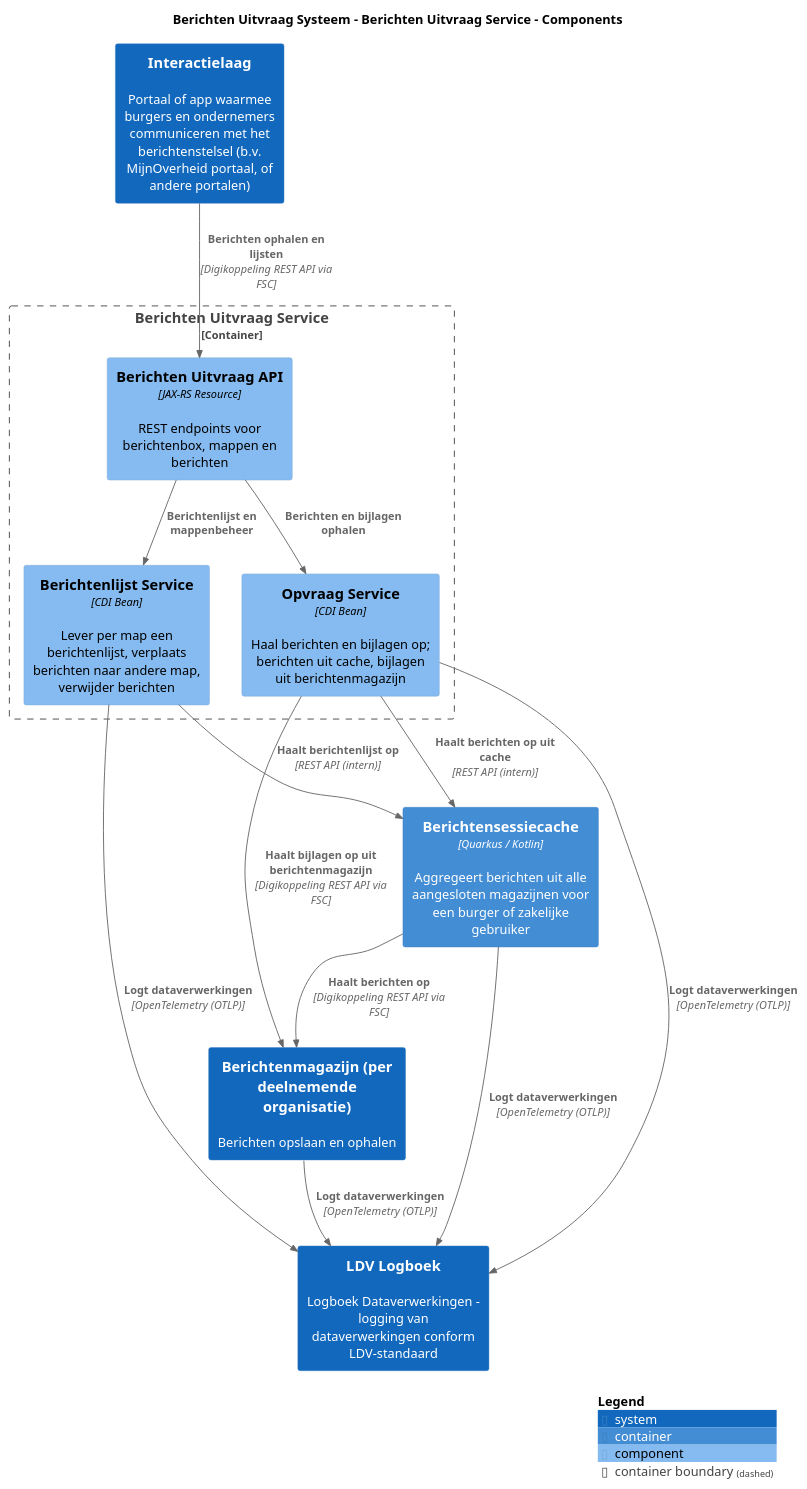
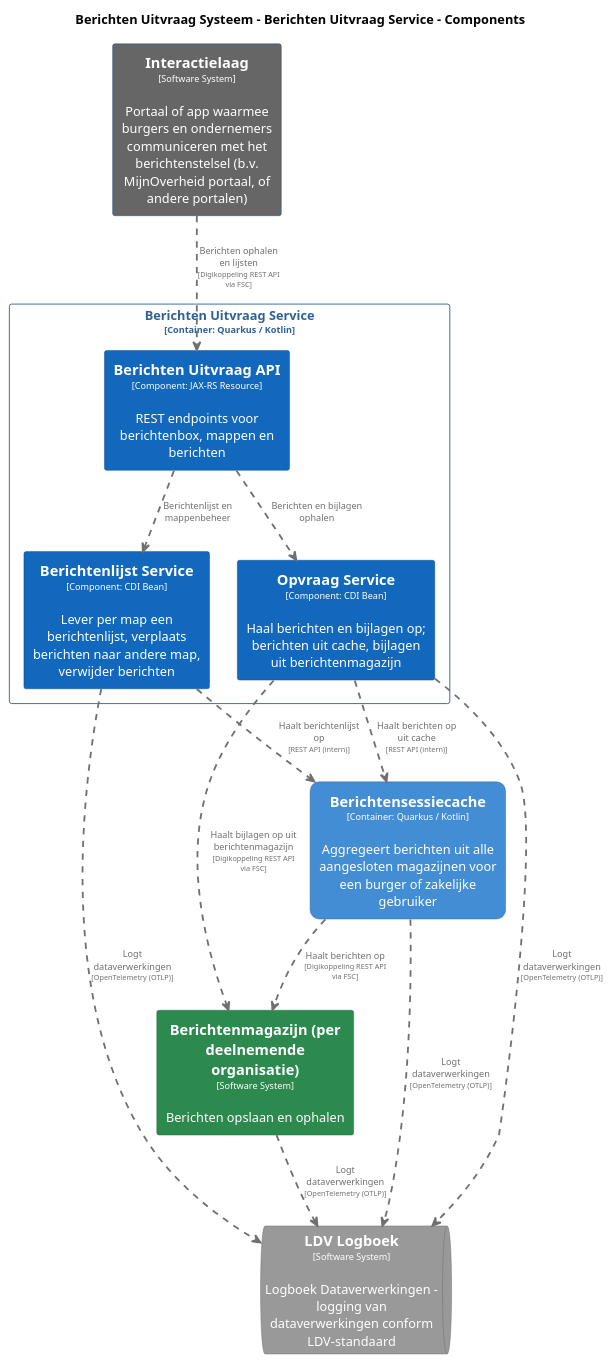
The diagram in master/puml/BerichtenUitvraagServiceComponenten.puml (MinBZK/moza-poc-fbs-berichtenbox), drawn with PlantUML before and after one commit. The commit also changed 45 other files, not shown here.

```diff
--- a/master/puml/BerichtenUitvraagServiceComponenten.puml
+++ b/master/puml/BerichtenUitvraagServiceComponenten.puml
@@ -1,36 +1,89 @@
 @startuml
 set separator none
 title Berichten Uitvraag Systeem - Berichten Uitvraag Service - Components
 
 top to bottom direction
+skinparam ranksep 60
+skinparam nodesep 30
 
-!include <C4/C4>
-!include <C4/C4_Context>
-!include <C4/C4_Container>
-!include <C4/C4_Component>
-
-System(Interactielaag, "Interactielaag", $descr="Portaal of app waarmee burgers en ondernemers communiceren met het berichtenstelsel (b.v. MijnOverheid portaal, of andere portalen)", $tags="", $link="")
-System(Berichtenmagazijnperdeelnemendeorganisatie, "Berichtenmagazijn (per deelnemende organisatie)", $descr="Berichten opslaan en ophalen", $tags="", $link="")
-Container(BerichtenUitvraagSysteem.Berichtensessiecache, "Berichtensessiecache", $techn="Quarkus / Kotlin", $descr="Aggregeert berichten uit alle aangesloten magazijnen voor een burger of zakelijke gebruiker", $tags="", $link="")
-System(LDVLogboek, "LDV Logboek", $descr="Logboek Dataverwerkingen - logging van dataverwerkingen conform LDV-standaard", $tags="", $link="")
-
-Container_Boundary("BerichtenUitvraagSysteem.BerichtenUitvraagService_boundary", "Berichten Uitvraag Service", $tags="") {
-  Component(BerichtenUitvraagSysteem.BerichtenUitvraagService.BerichtenUitvraagAPI, "Berichten Uitvraag API", $techn="JAX-RS Resource", $descr="REST endpoints voor berichtenbox, mappen en berichten", $tags="", $link="")
-  Component(BerichtenUitvraagSysteem.BerichtenUitvraagService.BerichtenlijstService, "Berichtenlijst Service", $techn="CDI Bean", $descr="Lever per map een berichtenlijst, verplaats berichten naar andere map, verwijder berichten", $tags="", $link="")
-  Component(BerichtenUitvraagSysteem.BerichtenUitvraagService.OpvraagService, "Opvraag Service", $techn="CDI Bean", $descr="Haal berichten en bijlagen op; berichten uit cache, bijlagen uit berichtenmagazijn", $tags="", $link="")
+skinparam {
+  arrowFontSize 10
+  defaultTextAlignment center
+  wrapWidth 200
+  maxMessageSize 100
 }
 
-Rel(BerichtenUitvraagSysteem.Berichtensessiecache, LDVLogboek, "Logt dataverwerkingen", $techn="OpenTelemetry (OTLP)", $tags="", $link="")
-Rel(BerichtenUitvraagSysteem.BerichtenUitvraagService.BerichtenlijstService, LDVLogboek, "Logt dataverwerkingen", $techn="OpenTelemetry (OTLP)", $tags="", $link="")
-Rel(BerichtenUitvraagSysteem.BerichtenUitvraagService.OpvraagService, LDVLogboek, "Logt dataverwerkingen", $techn="OpenTelemetry (OTLP)", $tags="", $link="")
-Rel(BerichtenUitvraagSysteem.BerichtenUitvraagService.BerichtenUitvraagAPI, BerichtenUitvraagSysteem.BerichtenUitvraagService.BerichtenlijstService, "Berichtenlijst en mappenbeheer", $techn="", $tags="", $link="")
-Rel(BerichtenUitvraagSysteem.BerichtenUitvraagService.BerichtenUitvraagAPI, BerichtenUitvraagSysteem.BerichtenUitvraagService.OpvraagService, "Berichten en bijlagen ophalen", $techn="", $tags="", $link="")
-Rel(BerichtenUitvraagSysteem.BerichtenUitvraagService.OpvraagService, BerichtenUitvraagSysteem.Berichtensessiecache, "Haalt berichten op uit cache", $techn="REST API (intern)", $tags="", $link="")
-Rel(BerichtenUitvraagSysteem.BerichtenUitvraagService.BerichtenlijstService, BerichtenUitvraagSysteem.Berichtensessiecache, "Haalt berichtenlijst op", $techn="REST API (intern)", $tags="", $link="")
-Rel(Interactielaag, BerichtenUitvraagSysteem.BerichtenUitvraagService.BerichtenUitvraagAPI, "Berichten ophalen en lijsten", $techn="Digikoppeling REST API via FSC", $tags="", $link="")
-Rel(BerichtenUitvraagSysteem.BerichtenUitvraagService.OpvraagService, Berichtenmagazijnperdeelnemendeorganisatie, "Haalt bijlagen op uit berichtenmagazijn", $techn="Digikoppeling REST API via FSC", $tags="", $link="")
-Rel(BerichtenUitvraagSysteem.Berichtensessiecache, Berichtenmagazijnperdeelnemendeorganisatie, "Haalt berichten op", $techn="Digikoppeling REST API via FSC", $tags="", $link="")
-Rel(Berichtenmagazijnperdeelnemendeorganisatie, LDVLogboek, "Logt dataverwerkingen", $techn="OpenTelemetry (OTLP)", $tags="", $link="")
+hide stereotype
 
-SHOW_LEGEND(true)
+skinparam rectangle<<BerichtenUitvraagSysteem.BerichtenUitvraagService.BerichtenUitvraagAPI>> {
+  BackgroundColor #1168bd
+  FontColor #ffffff
+  BorderColor #0b4884
+  shadowing false
+}
+skinparam rectangle<<BerichtenUitvraagSysteem.BerichtenUitvraagService.BerichtenlijstService>> {
+  BackgroundColor #1168bd
+  FontColor #ffffff
+  BorderColor #0b4884
+  shadowing false
+}
+skinparam rectangle<<Berichtenmagazijnperdeelnemendeorganisatie>> {
+  BackgroundColor #2d8a4e
+  FontColor #ffffff
+  BorderColor #1e6b38
+  shadowing false
+}
+skinparam rectangle<<BerichtenUitvraagSysteem.Berichtensessiecache>> {
+  BackgroundColor #438dd5
+  FontColor #ffffff
+  BorderColor #2e6295
+  roundCorner 20
+  shadowing false
+}
+skinparam rectangle<<Interactielaag>> {
+  BackgroundColor #666666
+  FontColor #ffffff
+  BorderColor #0b4884
+  shadowing false
+}
+skinparam queue<<LDVLogboek>> {
+  BackgroundColor #999999
+  FontColor #ffffff
+  BorderColor #6b6b6b
+  shadowing false
+}
+skinparam rectangle<<BerichtenUitvraagSysteem.BerichtenUitvraagService.OpvraagService>> {
+  BackgroundColor #1168bd
+  FontColor #ffffff
+  BorderColor #0b4884
+  shadowing false
+}
+skinparam rectangle<<BerichtenUitvraagSysteem.BerichtenUitvraagService>> {
+  BorderColor #2e6295
+  FontColor #2e6295
+  shadowing false
+}
+
+rectangle "==Interactielaag\n<size:10>[Software System]</size>\n\nPortaal of app waarmee burgers en ondernemers communiceren met het berichtenstelsel (b.v. MijnOverheid portaal, of andere portalen)" <<Interactielaag>> as Interactielaag
+rectangle "==Berichtenmagazijn (per deelnemende organisatie)\n<size:10>[Software System]</size>\n\nBerichten opslaan en ophalen" <<Berichtenmagazijnperdeelnemendeorganisatie>> as Berichtenmagazijnperdeelnemendeorganisatie
+rectangle "==Berichtensessiecache\n<size:10>[Container: Quarkus / Kotlin]</size>\n\nAggregeert berichten uit alle aangesloten magazijnen voor een burger of zakelijke gebruiker" <<BerichtenUitvraagSysteem.Berichtensessiecache>> as BerichtenUitvraagSysteem.Berichtensessiecache
+queue "==LDV Logboek\n<size:10>[Software System]</size>\n\nLogboek Dataverwerkingen - logging van dataverwerkingen conform LDV-standaard" <<LDVLogboek>> as LDVLogboek
+
+rectangle "Berichten Uitvraag Service\n<size:10>[Container: Quarkus / Kotlin]</size>" <<BerichtenUitvraagSysteem.BerichtenUitvraagService>> {
+  rectangle "==Berichten Uitvraag API\n<size:10>[Component: JAX-RS Resource]</size>\n\nREST endpoints voor berichtenbox, mappen en berichten" <<BerichtenUitvraagSysteem.BerichtenUitvraagService.BerichtenUitvraagAPI>> as BerichtenUitvraagSysteem.BerichtenUitvraagService.BerichtenUitvraagAPI
+  rectangle "==Berichtenlijst Service\n<size:10>[Component: CDI Bean]</size>\n\nLever per map een berichtenlijst, verplaats berichten naar andere map, verwijder berichten" <<BerichtenUitvraagSysteem.BerichtenUitvraagService.BerichtenlijstService>> as BerichtenUitvraagSysteem.BerichtenUitvraagService.BerichtenlijstService
+  rectangle "==Opvraag Service\n<size:10>[Component: CDI Bean]</size>\n\nHaal berichten en bijlagen op; berichten uit cache, bijlagen uit berichtenmagazijn" <<BerichtenUitvraagSysteem.BerichtenUitvraagService.OpvraagService>> as BerichtenUitvraagSysteem.BerichtenUitvraagService.OpvraagService
+}
+
+BerichtenUitvraagSysteem.Berichtensessiecache .[#707070,thickness=2].> LDVLogboek : "<color:#707070>Logt dataverwerkingen\n<color:#707070><size:8>[OpenTelemetry (OTLP)]</size>"
+BerichtenUitvraagSysteem.BerichtenUitvraagService.BerichtenlijstService .[#707070,thickness=2].> LDVLogboek : "<color:#707070>Logt dataverwerkingen\n<color:#707070><size:8>[OpenTelemetry (OTLP)]</size>"
+BerichtenUitvraagSysteem.BerichtenUitvraagService.OpvraagService .[#707070,thickness=2].> LDVLogboek : "<color:#707070>Logt dataverwerkingen\n<color:#707070><size:8>[OpenTelemetry (OTLP)]</size>"
+BerichtenUitvraagSysteem.BerichtenUitvraagService.BerichtenUitvraagAPI .[#707070,thickness=2].> BerichtenUitvraagSysteem.BerichtenUitvraagService.BerichtenlijstService : "<color:#707070>Berichtenlijst en mappenbeheer"
+BerichtenUitvraagSysteem.BerichtenUitvraagService.BerichtenUitvraagAPI .[#707070,thickness=2].> BerichtenUitvraagSysteem.BerichtenUitvraagService.OpvraagService : "<color:#707070>Berichten en bijlagen ophalen"
+BerichtenUitvraagSysteem.BerichtenUitvraagService.OpvraagService .[#707070,thickness=2].> BerichtenUitvraagSysteem.Berichtensessiecache : "<color:#707070>Haalt berichten op uit cache\n<color:#707070><size:8>[REST API (intern)]</size>"
+BerichtenUitvraagSysteem.BerichtenUitvraagService.BerichtenlijstService .[#707070,thickness=2].> BerichtenUitvraagSysteem.Berichtensessiecache : "<color:#707070>Haalt berichtenlijst op\n<color:#707070><size:8>[REST API (intern)]</size>"
+Interactielaag .[#707070,thickness=2].> BerichtenUitvraagSysteem.BerichtenUitvraagService.BerichtenUitvraagAPI : "<color:#707070>Berichten ophalen en lijsten\n<color:#707070><size:8>[Digikoppeling REST API via FSC]</size>"
+BerichtenUitvraagSysteem.BerichtenUitvraagService.OpvraagService .[#707070,thickness=2].> Berichtenmagazijnperdeelnemendeorganisatie : "<color:#707070>Haalt bijlagen op uit berichtenmagazijn\n<color:#707070><size:8>[Digikoppeling REST API via FSC]</size>"
+BerichtenUitvraagSysteem.Berichtensessiecache .[#707070,thickness=2].> Berichtenmagazijnperdeelnemendeorganisatie : "<color:#707070>Haalt berichten op\n<color:#707070><size:8>[Digikoppeling REST API via FSC]</size>"
+Berichtenmagazijnperdeelnemendeorganisatie .[#707070,thickness=2].> LDVLogboek : "<color:#707070>Logt dataverwerkingen\n<color:#707070><size:8>[OpenTelemetry (OTLP)]</size>"
 @enduml
```
